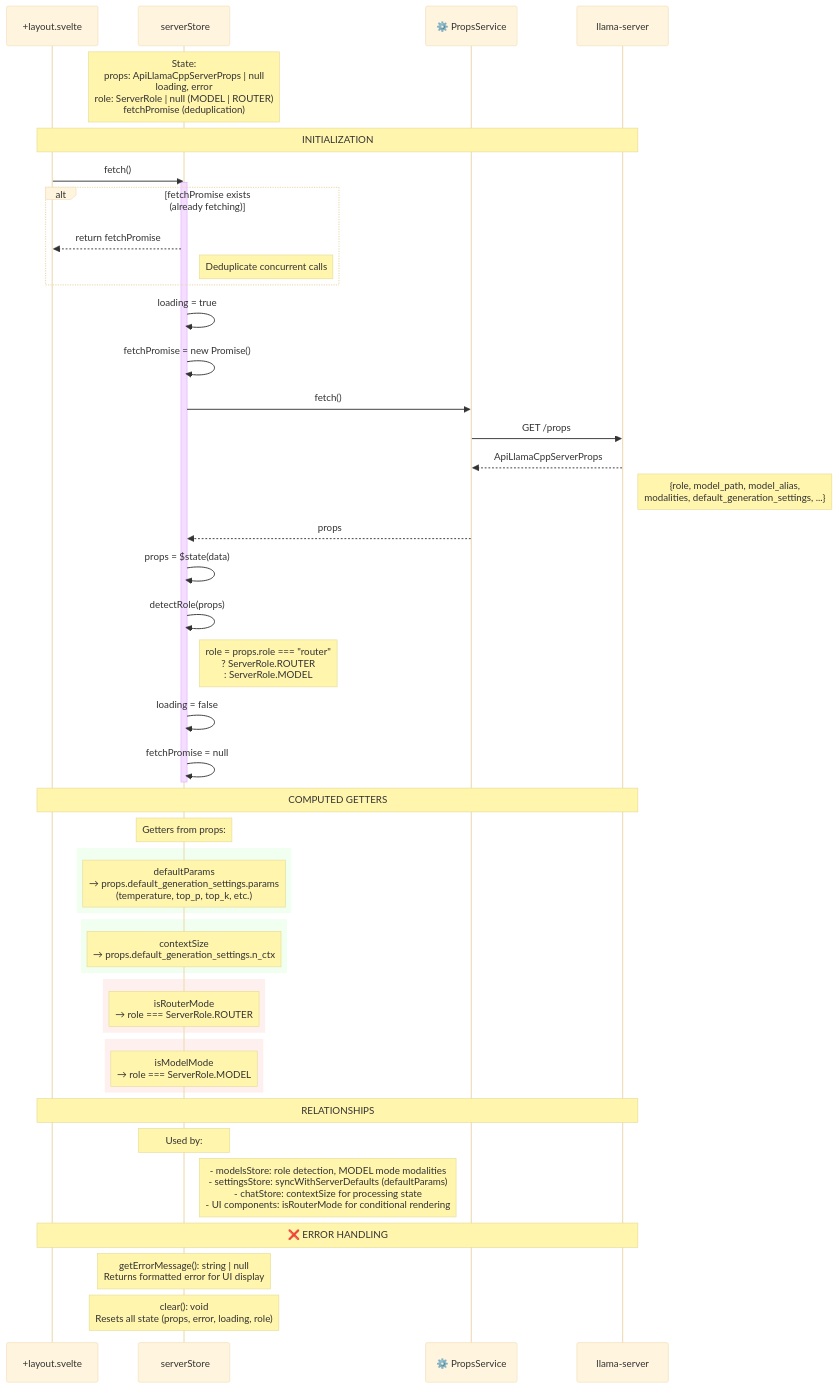
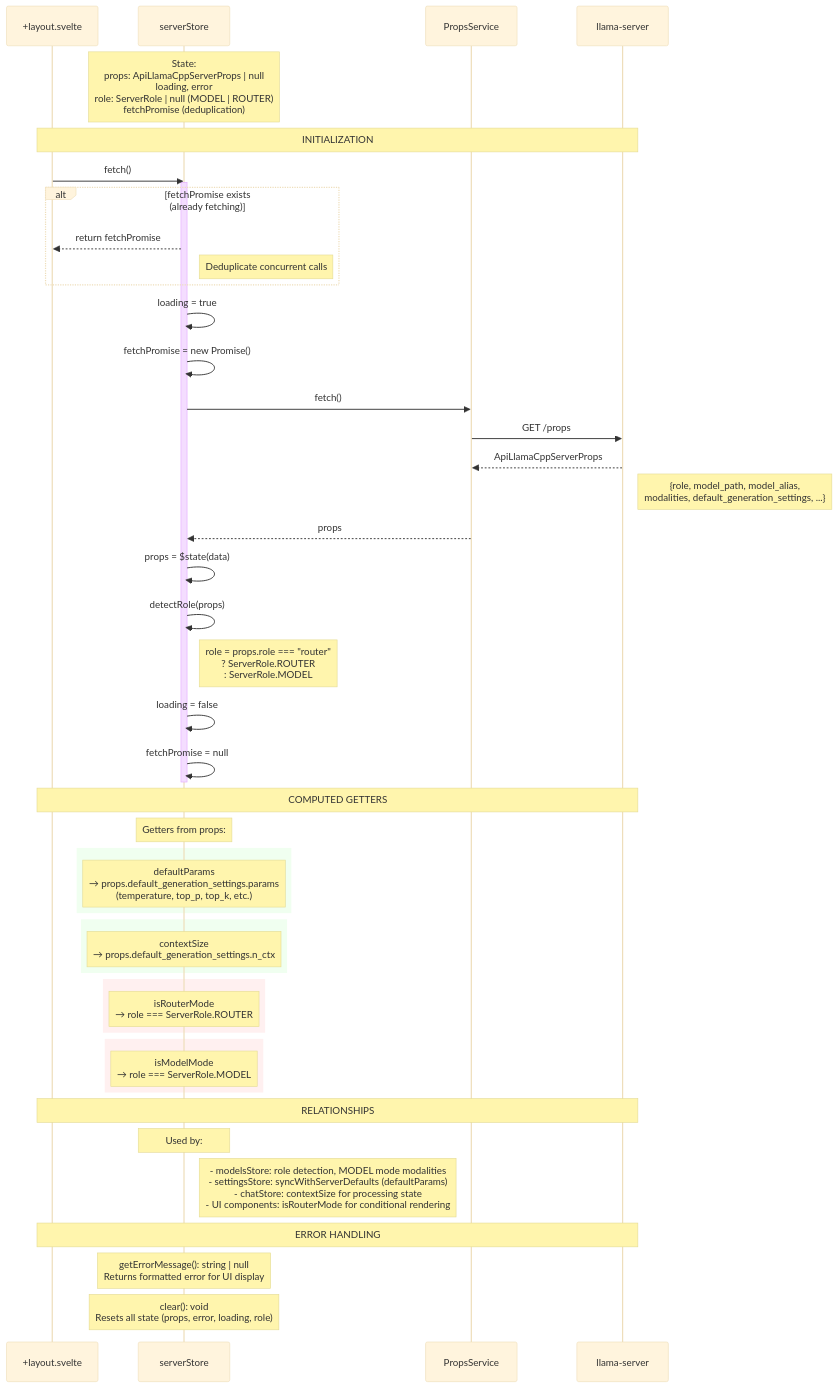
Before and after one commit to Elormyevu/nku-medgemma-conversion: the diagram in mobile/android/llama.cpp/tools/server/webui/docs/flows/server-flow.md, drawn with Mermaid (base theme). The commit also changed 93 other files, not shown here.

````diff
--- a/mobile/android/llama.cpp/tools/server/webui/docs/flows/server-flow.md
+++ b/mobile/android/llama.cpp/tools/server/webui/docs/flows/server-flow.md
@@ -1,76 +1,76 @@
 ```mermaid
 sequenceDiagram
-    participant UI as  +layout.svelte
-    participant serverStore as ️ serverStore
-    participant PropsSvc as ⚙️ PropsService
-    participant API as  llama-server
+  participant UI as +layout.svelte
+  participant serverStore as serverStore
+  participant PropsSvc as PropsService
+  participant API as llama-server
 
-    Note over serverStore: State:<br/>props: ApiLlamaCppServerProps | null<br/>loading, error<br/>role: ServerRole | null (MODEL | ROUTER)<br/>fetchPromise (deduplication)
+  Note over serverStore: State:<br/>props: ApiLlamaCppServerProps | null<br/>loading, error<br/>role: ServerRole | null (MODEL | ROUTER)<br/>fetchPromise (deduplication)
 
-    %% ═══════════════════════════════════════════════════════════════════════════
-    Note over UI,API:  INITIALIZATION
-    %% ═══════════════════════════════════════════════════════════════════════════
+  %% ═══════════════════════════════════════════════════════════════════════════
+  Note over UI,API: INITIALIZATION
+  %% ═══════════════════════════════════════════════════════════════════════════
 
-    UI->>serverStore: fetch()
-    activate serverStore
+  UI->>serverStore: fetch()
+  activate serverStore
 
-    alt fetchPromise exists (already fetching)
-        serverStore-->>UI: return fetchPromise
-        Note right of serverStore: Deduplicate concurrent calls
-    end
+  alt fetchPromise exists (already fetching)
+    serverStore-->>UI: return fetchPromise
+    Note right of serverStore: Deduplicate concurrent calls
+  end
 
-    serverStore->>serverStore: loading = true
-    serverStore->>serverStore: fetchPromise = new Promise()
+  serverStore->>serverStore: loading = true
+  serverStore->>serverStore: fetchPromise = new Promise()
 
-    serverStore->>PropsSvc: fetch()
-    PropsSvc->>API: GET /props
-    API-->>PropsSvc: ApiLlamaCppServerProps
-    Note right of API: {role, model_path, model_alias,<br/>modalities, default_generation_settings, ...}
+  serverStore->>PropsSvc: fetch()
+  PropsSvc->>API: GET /props
+  API-->>PropsSvc: ApiLlamaCppServerProps
+  Note right of API: {role, model_path, model_alias,<br/>modalities, default_generation_settings, ...}
 
-    PropsSvc-->>serverStore: props
-    serverStore->>serverStore: props = $state(data)
+  PropsSvc-->>serverStore: props
+  serverStore->>serverStore: props = $state(data)
 
-    serverStore->>serverStore: detectRole(props)
-    Note right of serverStore: role = props.role === "router"<br/>  ? ServerRole.ROUTER<br/>  : ServerRole.MODEL
+  serverStore->>serverStore: detectRole(props)
+  Note right of serverStore: role = props.role === "router"<br/> ? ServerRole.ROUTER<br/> : ServerRole.MODEL
 
-    serverStore->>serverStore: loading = false
-    serverStore->>serverStore: fetchPromise = null
-    deactivate serverStore
+  serverStore->>serverStore: loading = false
+  serverStore->>serverStore: fetchPromise = null
+  deactivate serverStore
 
-    %% ═══════════════════════════════════════════════════════════════════════════
-    Note over UI,API:  COMPUTED GETTERS
-    %% ═══════════════════════════════════════════════════════════════════════════
+  %% ═══════════════════════════════════════════════════════════════════════════
+  Note over UI,API: COMPUTED GETTERS
+  %% ═══════════════════════════════════════════════════════════════════════════
 
-    Note over serverStore: Getters from props:
+  Note over serverStore: Getters from props:
 
-    rect rgb(240, 255, 240)
-        Note over serverStore: defaultParams<br/>→ props.default_generation_settings.params<br/>(temperature, top_p, top_k, etc.)
-    end
+  rect rgb(240, 255, 240)
+    Note over serverStore: defaultParams<br/>→ props.default_generation_settings.params<br/>(temperature, top_p, top_k, etc.)
+  end
 
-    rect rgb(240, 255, 240)
-        Note over serverStore: contextSize<br/>→ props.default_generation_settings.n_ctx
-    end
+  rect rgb(240, 255, 240)
+    Note over serverStore: contextSize<br/>→ props.default_generation_settings.n_ctx
+  end
 
-    rect rgb(255, 240, 240)
-        Note over serverStore: isRouterMode<br/>→ role === ServerRole.ROUTER
-    end
+  rect rgb(255, 240, 240)
+    Note over serverStore: isRouterMode<br/>→ role === ServerRole.ROUTER
+  end
 
-    rect rgb(255, 240, 240)
-        Note over serverStore: isModelMode<br/>→ role === ServerRole.MODEL
-    end
+  rect rgb(255, 240, 240)
+    Note over serverStore: isModelMode<br/>→ role === ServerRole.MODEL
+  end
 
-    %% ═══════════════════════════════════════════════════════════════════════════
-    Note over UI,API:  RELATIONSHIPS
-    %% ═══════════════════════════════════════════════════════════════════════════
+  %% ═══════════════════════════════════════════════════════════════════════════
+  Note over UI,API: RELATIONSHIPS
+  %% ═══════════════════════════════════════════════════════════════════════════
 
-    Note over serverStore: Used by:
-    Note right of serverStore: - modelsStore: role detection, MODEL mode modalities<br/>- settingsStore: syncWithServerDefaults (defaultParams)<br/>- chatStore: contextSize for processing state<br/>- UI components: isRouterMode for conditional rendering
+  Note over serverStore: Used by:
+  Note right of serverStore: - modelsStore: role detection, MODEL mode modalities<br/>- settingsStore: syncWithServerDefaults (defaultParams)<br/>- chatStore: contextSize for processing state<br/>- UI components: isRouterMode for conditional rendering
 
-    %% ═══════════════════════════════════════════════════════════════════════════
-    Note over UI,API: ❌ ERROR HANDLING
-    %% ═══════════════════════════════════════════════════════════════════════════
+  %% ═══════════════════════════════════════════════════════════════════════════
+  Note over UI,API: ERROR HANDLING
+  %% ═══════════════════════════════════════════════════════════════════════════
 
-    Note over serverStore: getErrorMessage(): string | null<br/>Returns formatted error for UI display
+  Note over serverStore: getErrorMessage(): string | null<br/>Returns formatted error for UI display
 
-    Note over serverStore: clear(): void<br/>Resets all state (props, error, loading, role)
+  Note over serverStore: clear(): void<br/>Resets all state (props, error, loading, role)
 ```
````
